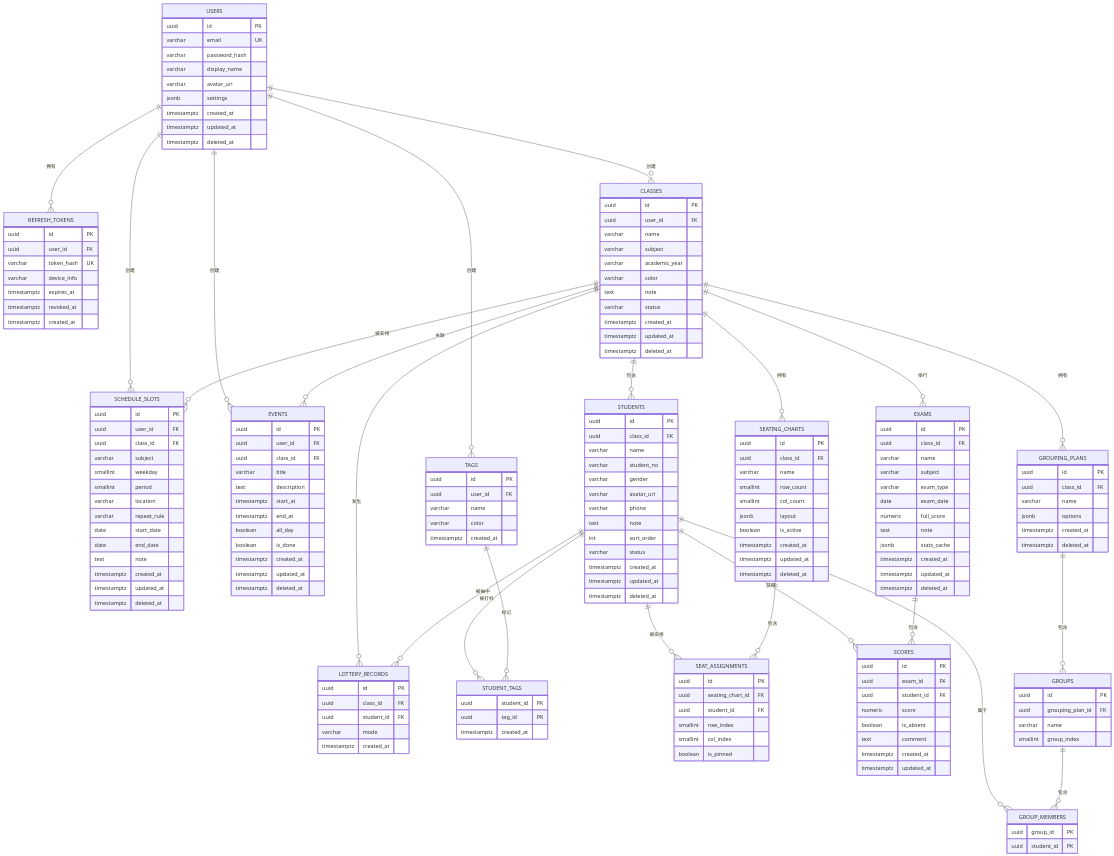
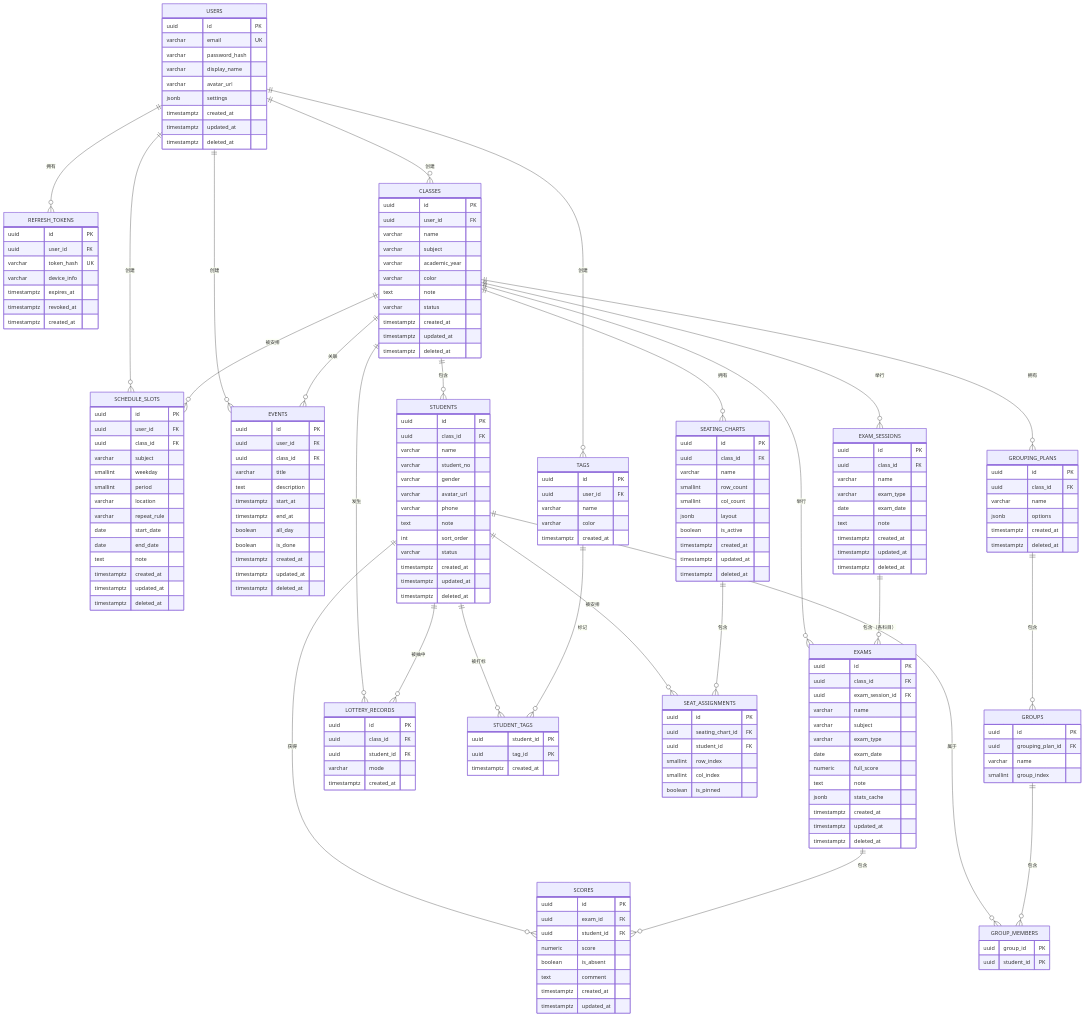
The diagram in docs/ER.md (lhxone/TeacherDesk), drawn with Mermaid before and after one commit. The commit also changed other lines of this file and 15 other files, not shown here.

First line of the commit message:
feat: 考试支持多科目批次 + 日程表周视图改为真实时间轴日历 (#16)

```diff
--- a/docs/ER.md
+++ b/docs/ER.md
@@ -22,6 +22,7 @@
     CLASSES ||--o{ SCHEDULE_SLOTS : "被安排"
     CLASSES ||--o{ EVENTS : "关联"
     CLASSES ||--o{ SEATING_CHARTS : "拥有"
+    CLASSES ||--o{ EXAM_SESSIONS : "举行"
     CLASSES ||--o{ EXAMS : "举行"
     CLASSES ||--o{ LOTTERY_RECORDS : "发生"
     CLASSES ||--o{ GROUPING_PLANS : "拥有"
@@ -34,6 +35,7 @@
     STUDENTS ||--o{ GROUP_MEMBERS : "属于"
 
     SEATING_CHARTS ||--o{ SEAT_ASSIGNMENTS : "包含"
+    EXAM_SESSIONS  ||--o{ EXAMS : "包含（各科目）"
     EXAMS          ||--o{ SCORES : "包含"
     GROUPING_PLANS ||--o{ GROUPS : "包含"
     GROUPS         ||--o{ GROUP_MEMBERS : "包含"
@@ -158,9 +160,22 @@
         boolean is_pinned
     }
 
+    EXAM_SESSIONS {
+        uuid id PK
+        uuid class_id FK
+        varchar name
+        varchar exam_type
+        date exam_date
+        text note
+        timestamptz created_at
+        timestamptz updated_at
+        timestamptz deleted_at
+    }
+
     EXAMS {
         uuid id PK
         uuid class_id FK
+        uuid exam_session_id FK
         varchar name
         varchar subject
         varchar exam_type
```
